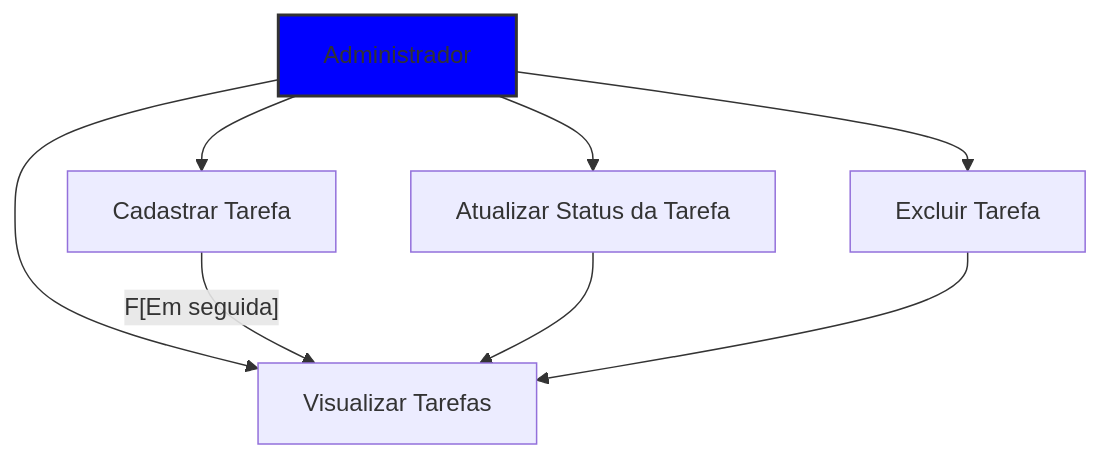
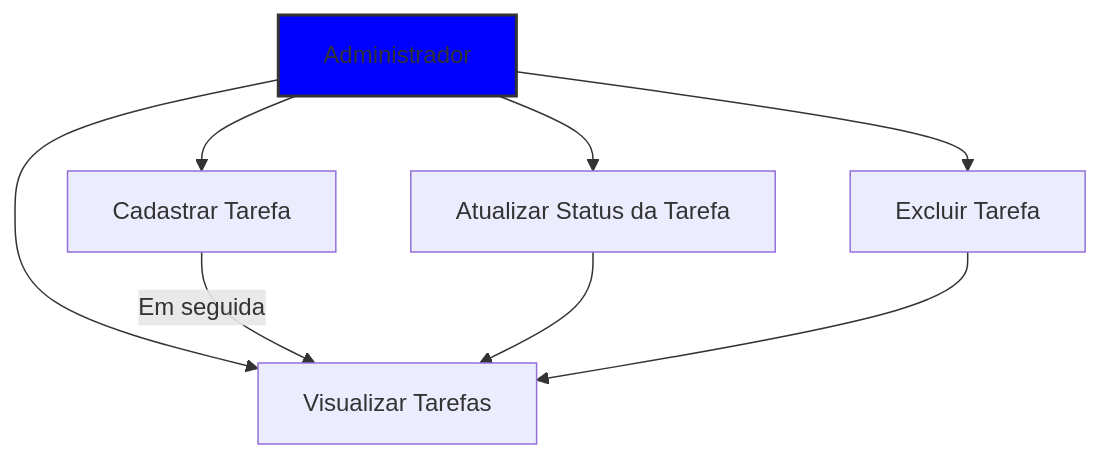
The second of 2 diagrams in README.md (Paiva8859/PraticaSAEP), drawn with Mermaid before and after one commit.

````diff
--- a/README.md
+++ b/README.md
@@ -39,13 +39,13 @@
 ```mermaid
 flowchart TD
     A[Administrador] --> B[Cadastrar Tarefa]
     A --> C[Atualizar Status da Tarefa]
     A --> D[Excluir Tarefa]
     A --> E[Visualizar Tarefas]
 
-    B -- F[Em seguida] --> E
+    B -- Em seguida --> E
     C --> E
     D --> E
     %% Estilo para o ator "Administrador"
     style A fill:#0000FF,stroke:#333,stroke-width:2px
 ```
````
